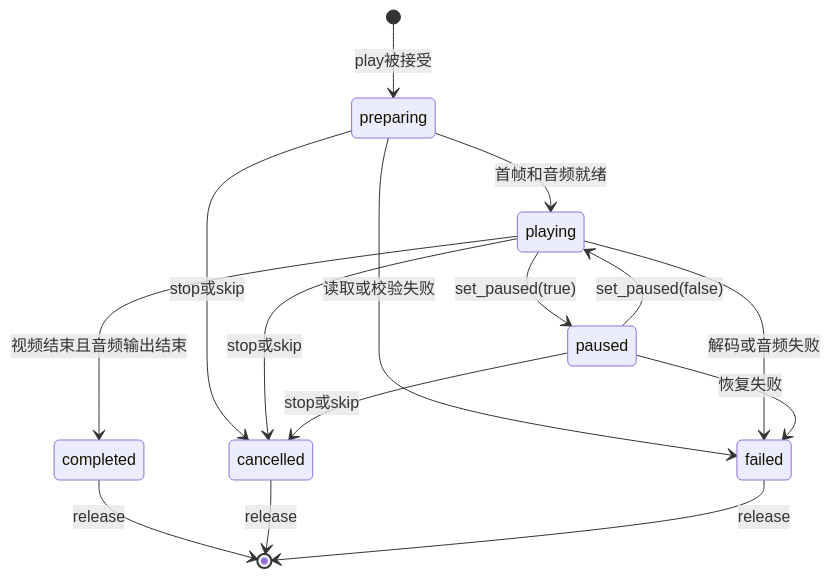
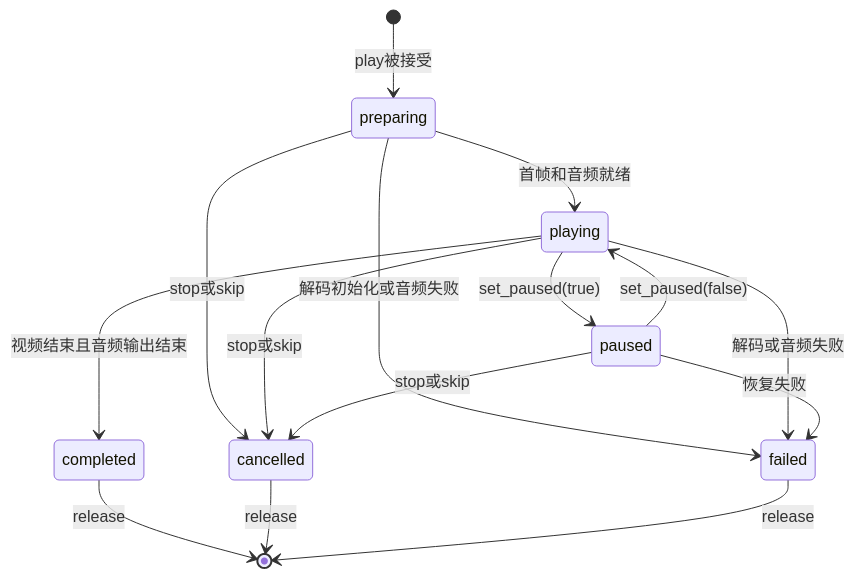
Before and after one commit to lcals/Engine: the second of 3 diagrams in docs/runtime/class-diagrams/movie-player.md, drawn with Mermaid. The commit also changed other lines of this file and 391 other files, not shown here.

````diff
--- a/docs/runtime/class-diagrams/movie-player.md
+++ b/docs/runtime/class-diagrams/movie-player.md
@@ -92,17 +90,17 @@
 ```mermaid
 stateDiagram-v2
     [*] --> preparing : play被接受
     preparing --> playing : 首帧和音频就绪
     playing --> paused : set_paused(true)
     paused --> playing : set_paused(false)
     playing --> completed : 视频结束且音频输出结束
     preparing --> cancelled : stop或skip
     playing --> cancelled : stop或skip
     paused --> cancelled : stop或skip
-    preparing --> failed : 读取或校验失败
+    preparing --> failed : 解码初始化或音频失败
     playing --> failed : 解码或音频失败
     paused --> failed : 恢复失败
     completed --> [*] : release
     cancelled --> [*] : release
     failed --> [*] : release
 ```
````
